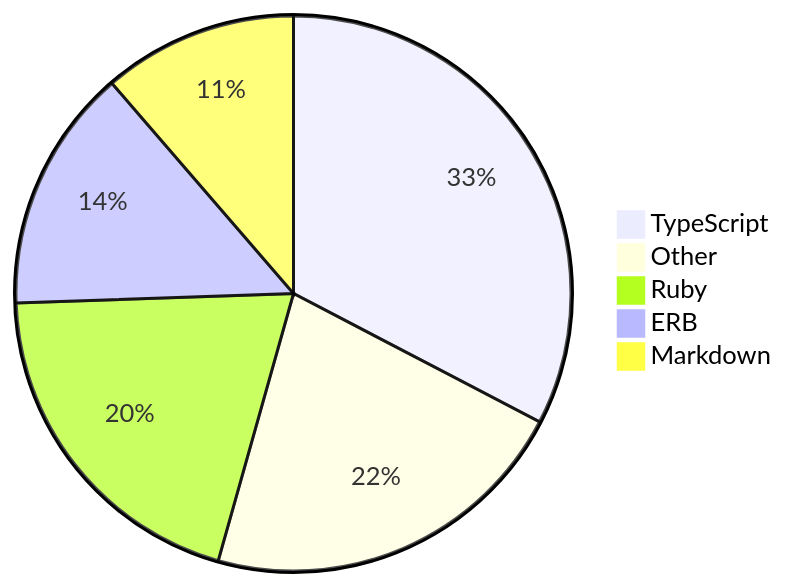
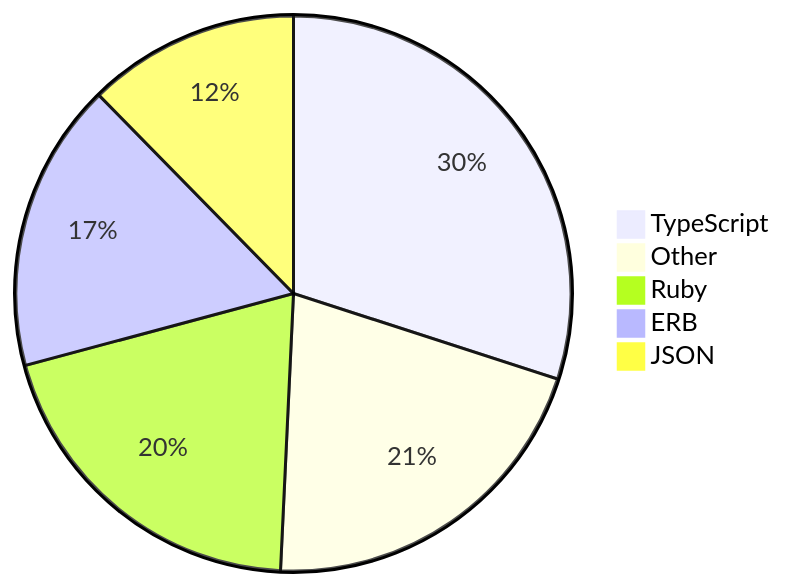
Before and after one commit to skvggor/skvggor: the diagram in README.md, drawn with Mermaid.

Commit message:
Updated waka-readme graph with new metrics

````diff
--- a/README.md
+++ b/README.md
@@ -35,8 +35,8 @@
 ```mermaid
 pie
-    "TypeScript" : 23.9
-    "Other" : 15.9
-    "Ruby" : 14.7
-    "ERB" : 10.4
-    "Markdown" : 8.3
+    "TypeScript" : 22.1
+    "Other" : 15.3
+    "Ruby" : 14.8
+    "ERB" : 12.4
+    "JSON" : 9.1
 ```
````
